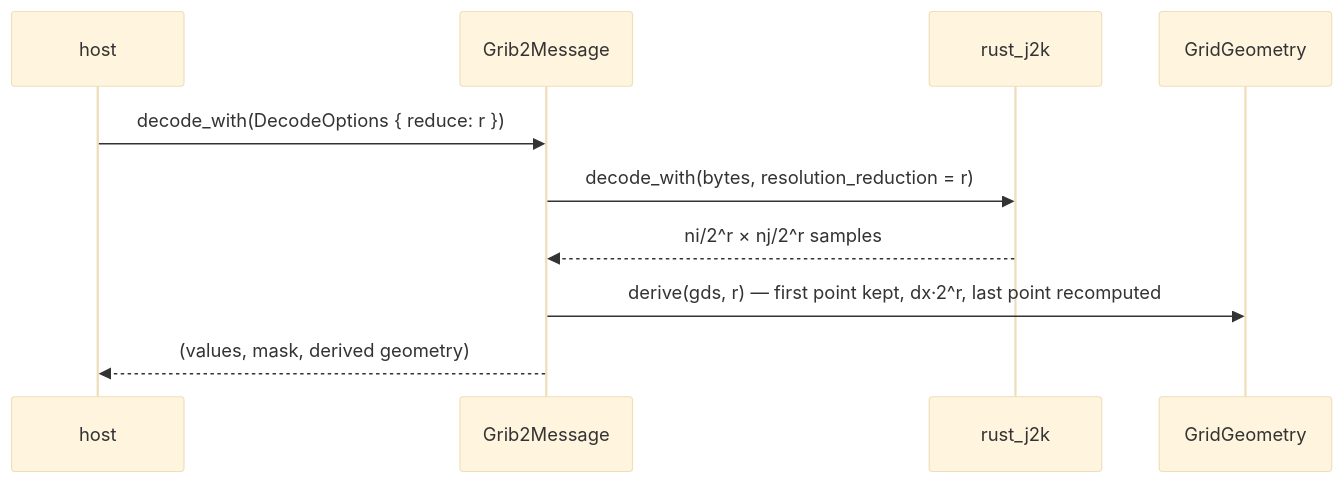
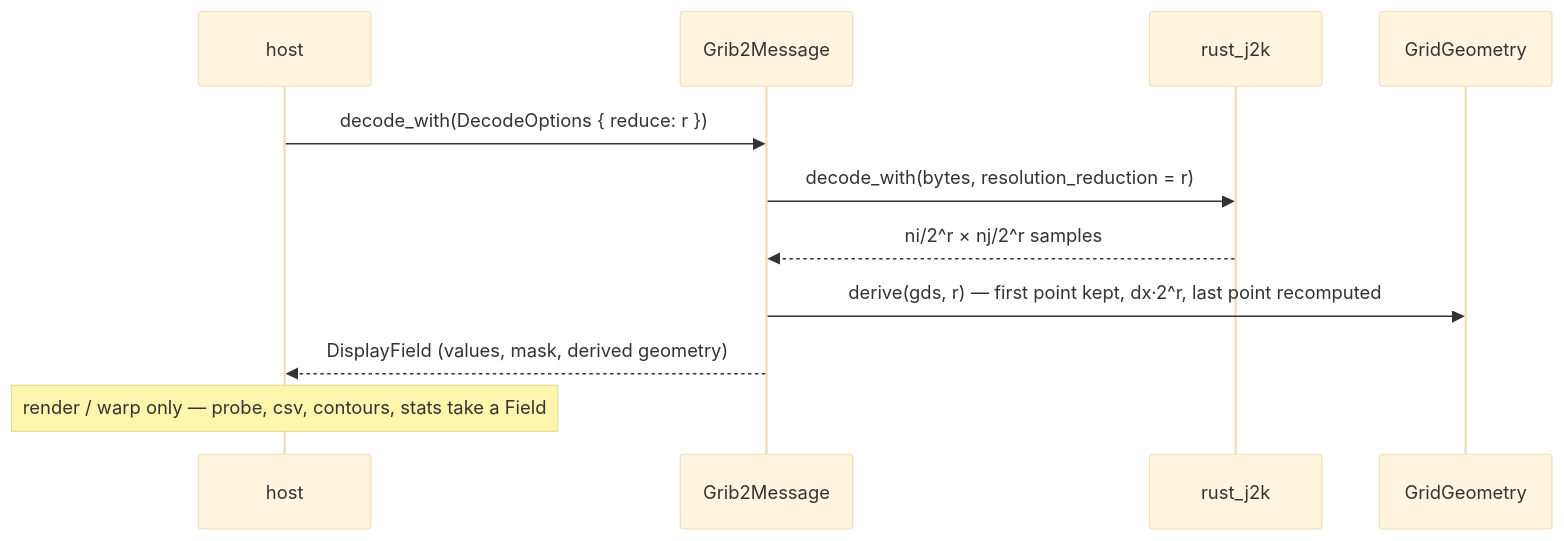
Before and after one commit to D0ubleD0uble/fieldglass: the fourth of 5 diagrams in docs/architecture/planned/02-trait-seams.md, drawn with Mermaid (base theme). The commit also changed other lines of this file and 2 other files, not shown here.

First line of the commit message:
docs(architecture): bring the planned graphs to the end-of-milestones state

````diff
--- a/docs/architecture/planned/02-trait-seams.md
+++ b/docs/architecture/planned/02-trait-seams.md
@@ -121,12 +128,13 @@
 ```mermaid
 sequenceDiagram
     participant H as host
     participant M as Grib2Message
     participant J as rust_j2k
     participant G as GridGeometry
     H->>M: decode_with(DecodeOptions { reduce: r })
     M->>J: decode_with(bytes, resolution_reduction = r)
     J-->>M: ni/2^r × nj/2^r samples
     M->>G: derive(gds, r) — first point kept, dx·2^r, last point recomputed
-    M-->>H: (values, mask, derived geometry)
+    M-->>H: DisplayField (values, mask, derived geometry)
+    Note over H: render / warp only — probe, csv, contours, stats take a Field
 ```
````
